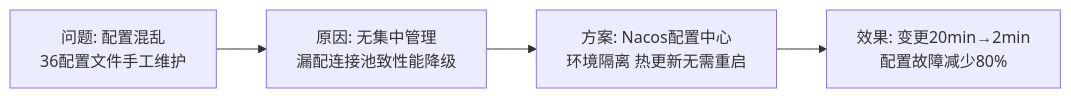
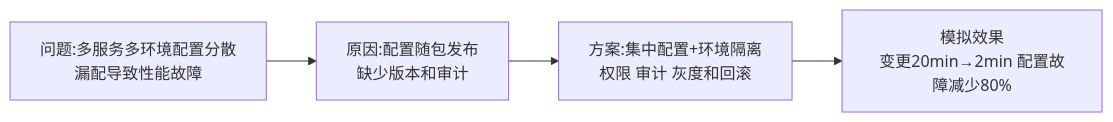
The second of 3 diagrams in 02-论文专题/0004-微服务/00-大纲记忆卡.md (EdgarLQS/SoftwareArchitectureExamGuide), drawn with Mermaid before and after one commit. The commit also changed other lines of this file, not shown here.

````diff
--- a/02-论文专题/0004-微服务/00-大纲记忆卡.md
+++ b/02-论文专题/0004-微服务/00-大纲记忆卡.md
@@ -50,6 +98,6 @@
 ```mermaid
 flowchart LR
-    A["问题: 配置混乱<br/>36配置文件手工维护"] --> B["原因: 无集中管理<br/>漏配连接池致性能降级"]
-    B --> C["方案: Nacos配置中心<br/>环境隔离 热更新无需重启"]
-    C --> D["效果: 变更20min→2min<br/>配置故障减少80%"]
+    A["问题:多服务多环境配置分散<br/>漏配导致性能故障"] --> B["原因:配置随包发布<br/>缺少版本和审计"]
+    B --> C["方案:集中配置+环境隔离<br/>权限 审计 灰度和回滚"]
+    C --> D["模拟效果<br/>变更20min→2min 配置故障减少80%"]
 ```
````
